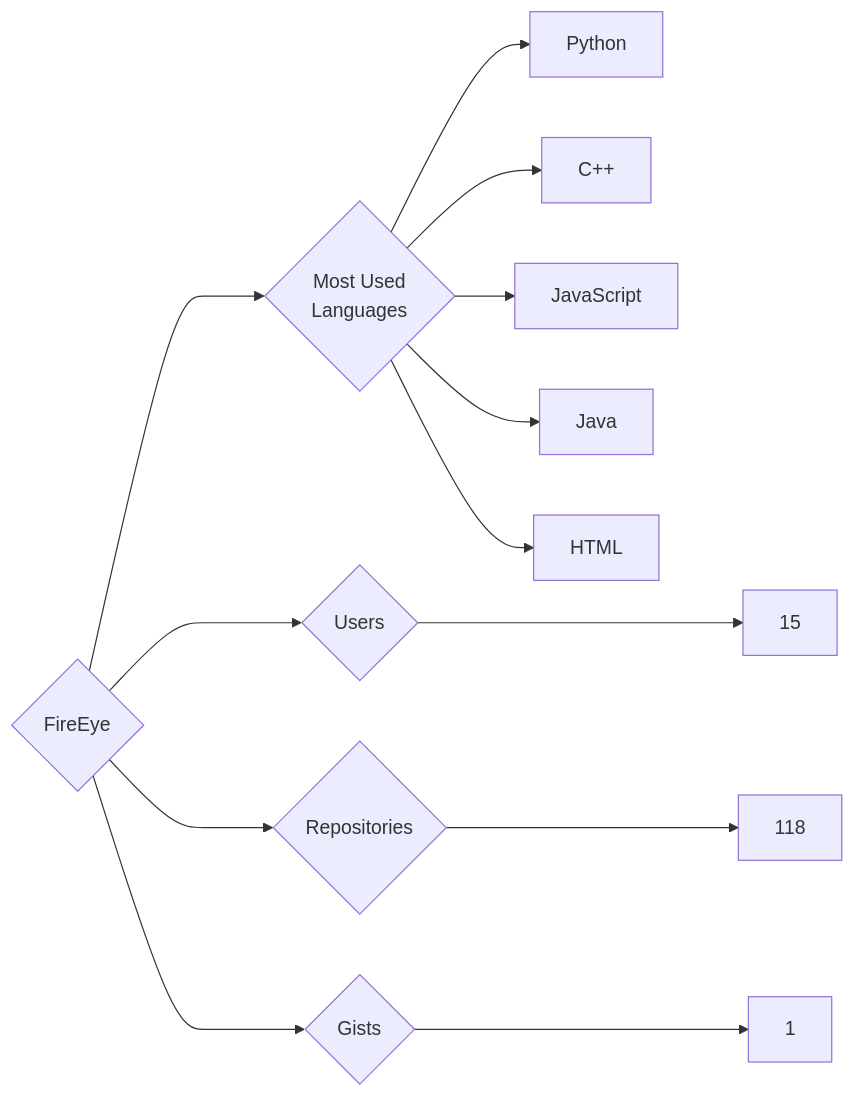
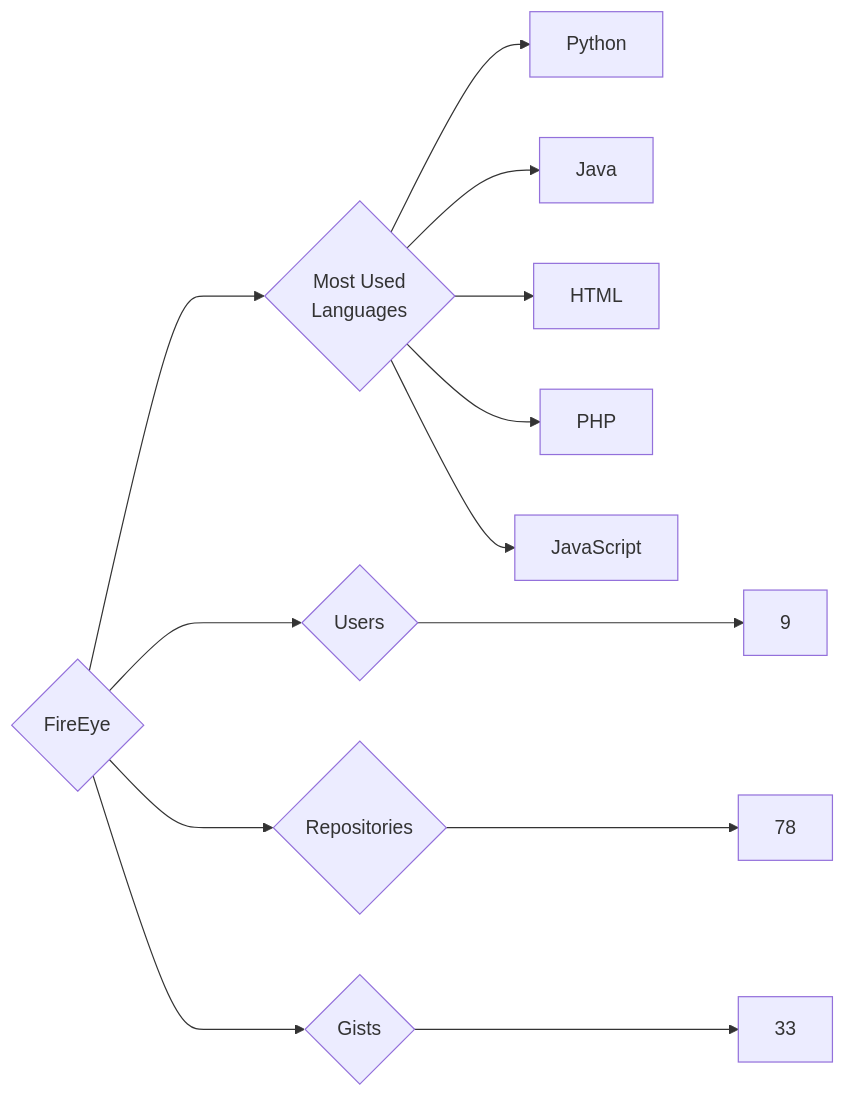
Before and after one commit to trickest/insiders: the diagram in targets/FireEye/README.md, drawn with Mermaid. The commit also changed 882 other files, not shown here.

````diff
--- a/targets/FireEye/README.md
+++ b/targets/FireEye/README.md
@@ -3,13 +3,13 @@
 ```mermaid
 graph LR
 COMPANY_NAME{FireEye}
-COMPANY_NAME ---> U{Users} ---> UN[15]
-COMPANY_NAME ---> R{Repositories} ---> RN[118]
-COMPANY_NAME ---> G{Gists} ---> GN[1]
+COMPANY_NAME ---> U{Users} ---> UN[9]
+COMPANY_NAME ---> R{Repositories} ---> RN[78]
+COMPANY_NAME ---> G{Gists} ---> GN[33]
 COMPANY_NAME ---> ML{Most Used<br>Languages}
 ML --> Python[Python]
-ML --> C++[C++]
-ML --> JavaScript[JavaScript]
 ML --> Java[Java]
 ML --> HTML[HTML]
+ML --> PHP[PHP]
+ML --> JavaScript[JavaScript]
 ```
````
